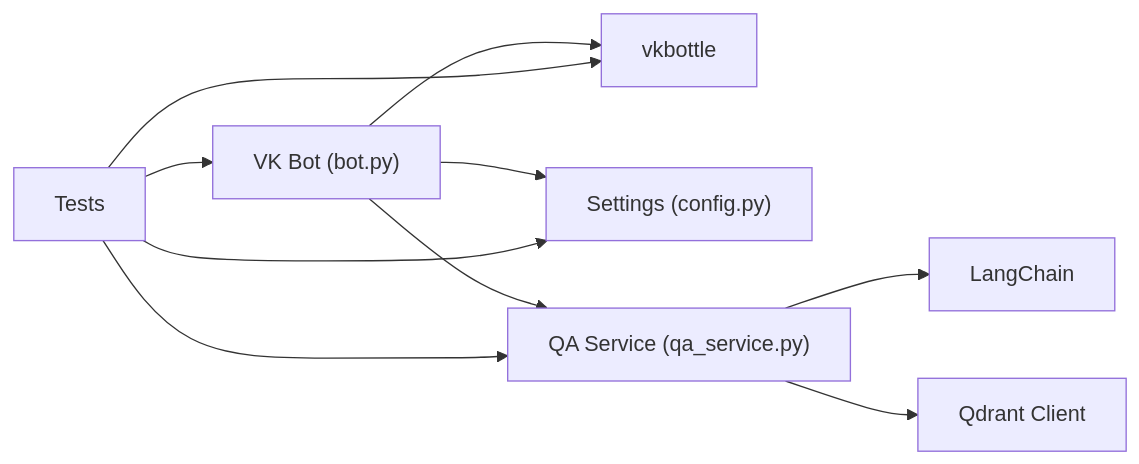
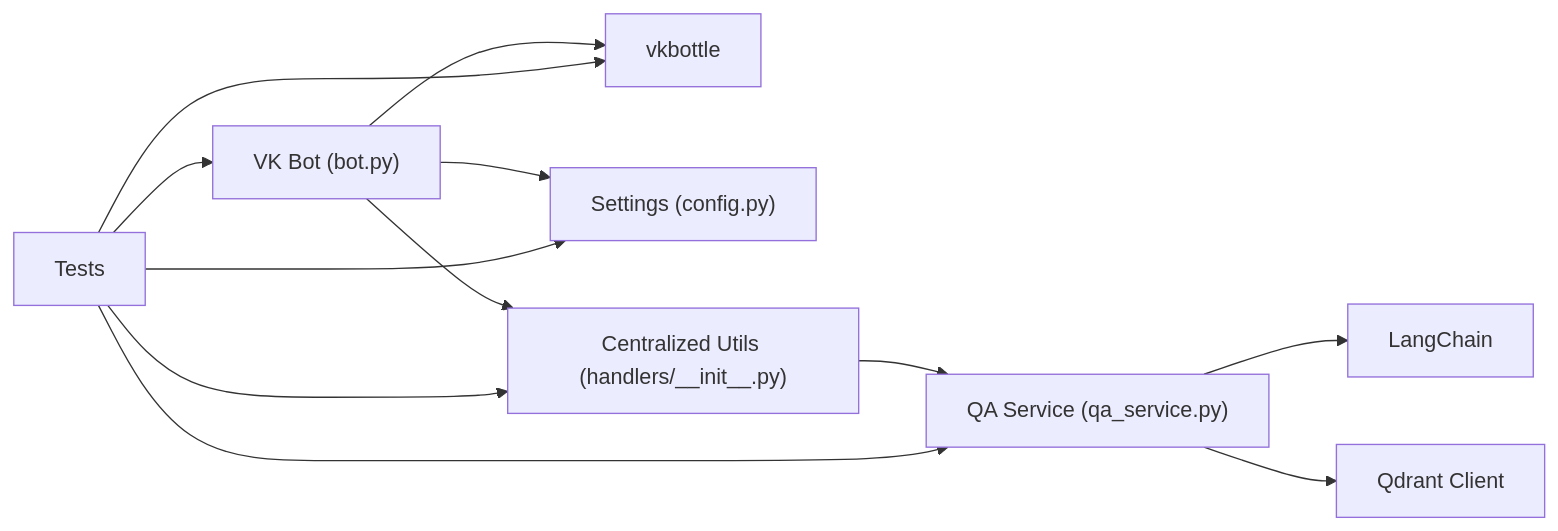
One commit to ognelis/cafetera_hr_bot changed diagram 11 of 11 in .qoder/repowiki/en/content/VK Integration/VK Integration.md. Above: the diagram before and after it, drawn with Mermaid. The commit also changed other lines of this file and 29 other files, not shown here.

````diff
--- a/.qoder/repowiki/en/content/VK Integration/VK Integration.md
+++ b/.qoder/repowiki/en/content/VK Integration/VK Integration.md
@@ -451,12 +519,14 @@
 ```mermaid
 graph LR
 VKBot["VK Bot (bot.py)"] --> VKFw["vkbottle"]
 VKBot --> Cfg["Settings (config.py)"]
-VKBot --> QA["QA Service (qa_service.py)"]
+VKBot --> Utils["Centralized Utils (handlers/__init__.py)"]
+Utils --> QA["QA Service (qa_service.py)"]
 QA --> LangChain["LangChain"]
 QA --> Qdrant["Qdrant Client"]
 Tests["Tests"] --> VKBot
+Tests --> Utils
 Tests --> QA
 Tests --> VKFw
 Tests --> Cfg
 ```
````
